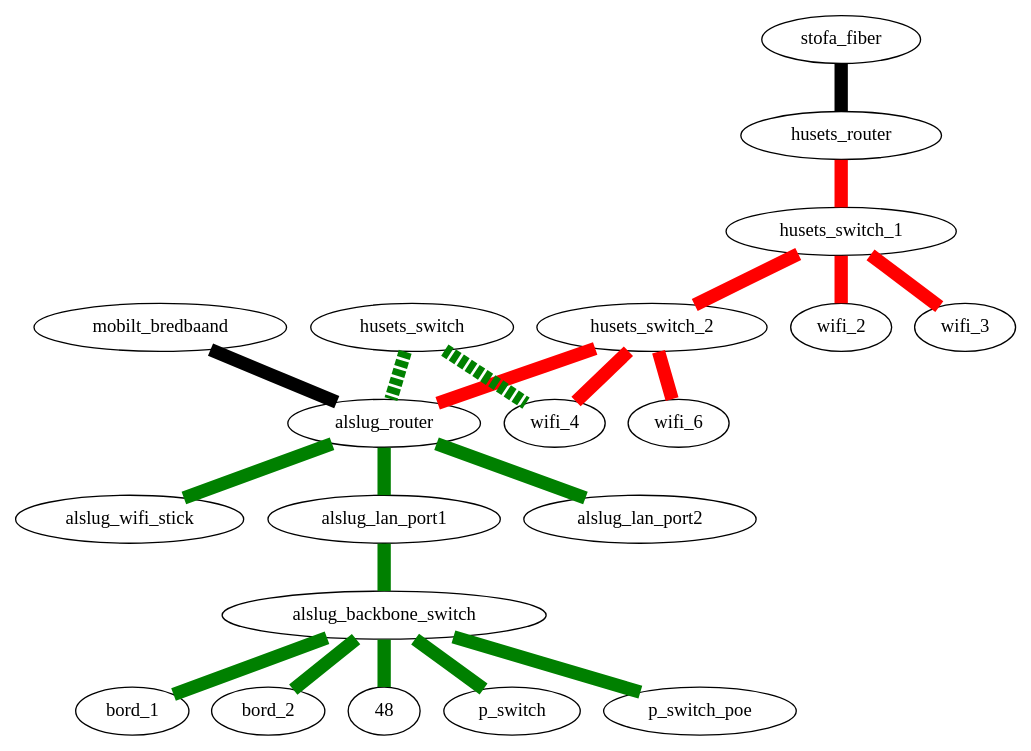
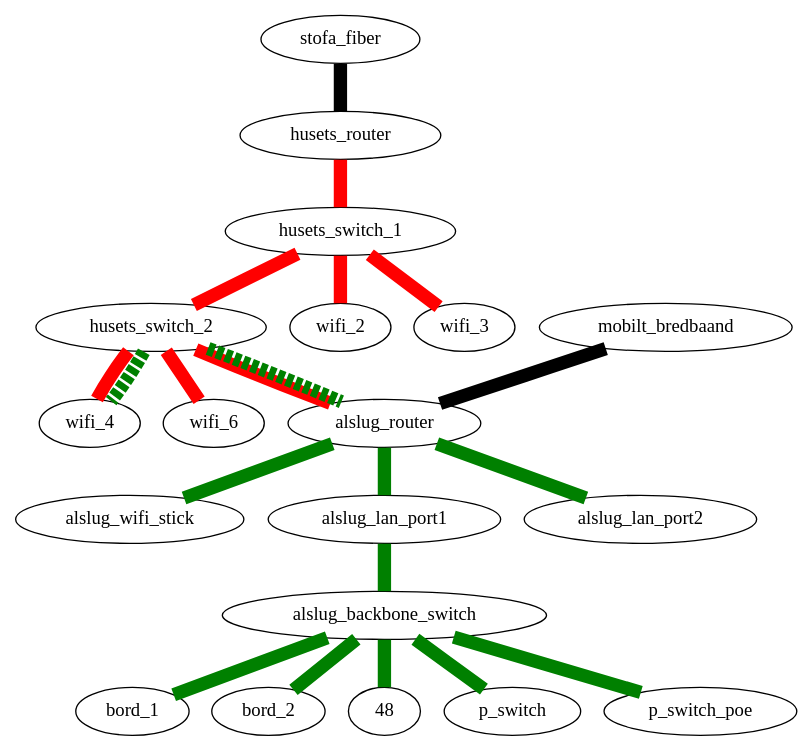
Before and after one commit to alslug/alslug.dk: the diagram in projekter/network.dot, drawn with Graphviz.

```diff
--- a/projekter/network.dot
+++ b/projekter/network.dot
@@ -1,21 +1,21 @@
 digraph xxx {
   edge [ dir=none penwidth=10 ];
   
   // Internet forbindelser
   stofa_fiber      -> husets_router [ fillcolor=black style=filled ];
   mobilt_bredbaand -> alslug_router [ fillcolor=black style=filled ];
   
   // Husets forbindelser
   edge  [ color=red style=solid ];
   husets_router -> husets_switch_1 -> { husets_switch_2 wifi_2 wifi_3 };
   husets_switch_2 -> { wifi_4 wifi_6 alslug_router};
 
   // VLAN forbindelser over bakkensbros netværk
   edge  [ color=green style=dashed ];
-  husets_switch -> { alslug_router wifi_4 };
+  husets_switch_2 -> { alslug_router wifi_4 };
   
   // Interne forbindelser
   edge [ color=green style=solid ];
   alslug_router -> { alslug_wifi_stick alslug_lan_port1 alslug_lan_port2 };
   alslug_lan_port1 -> alslug_backbone_switch -> { bord_1 bord_2 48p_switch 48p_switch_poe }
 }
```
